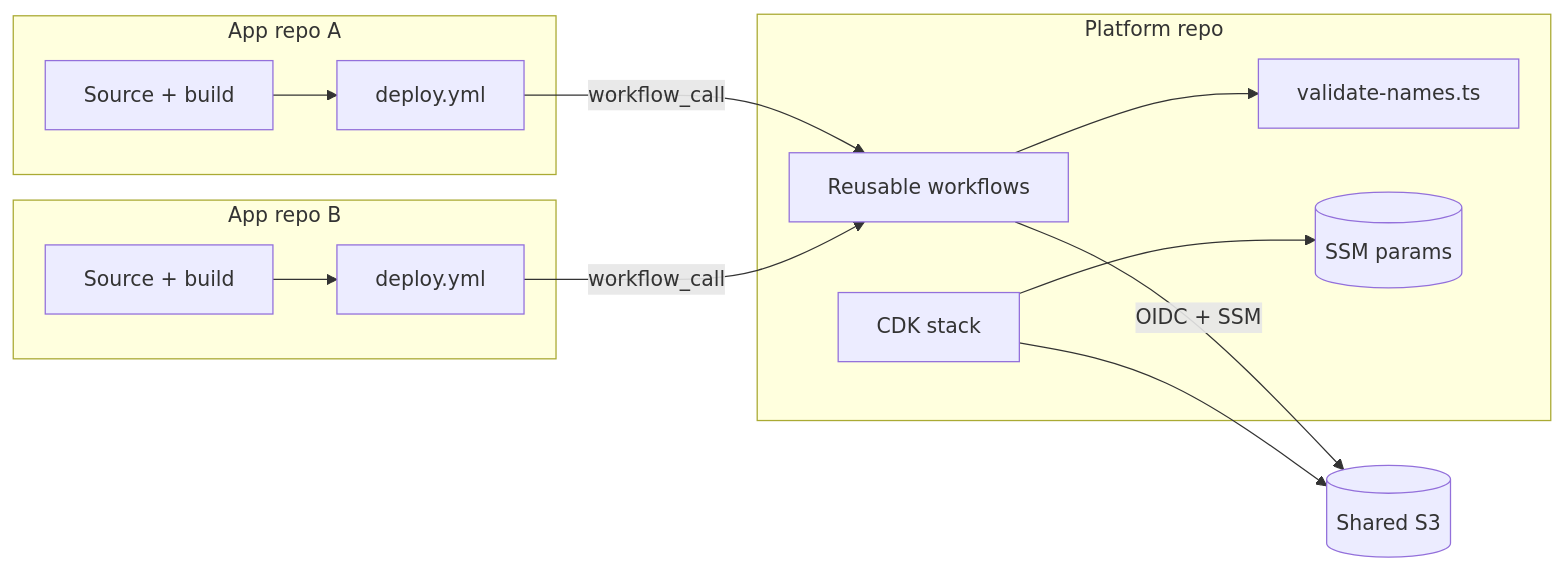
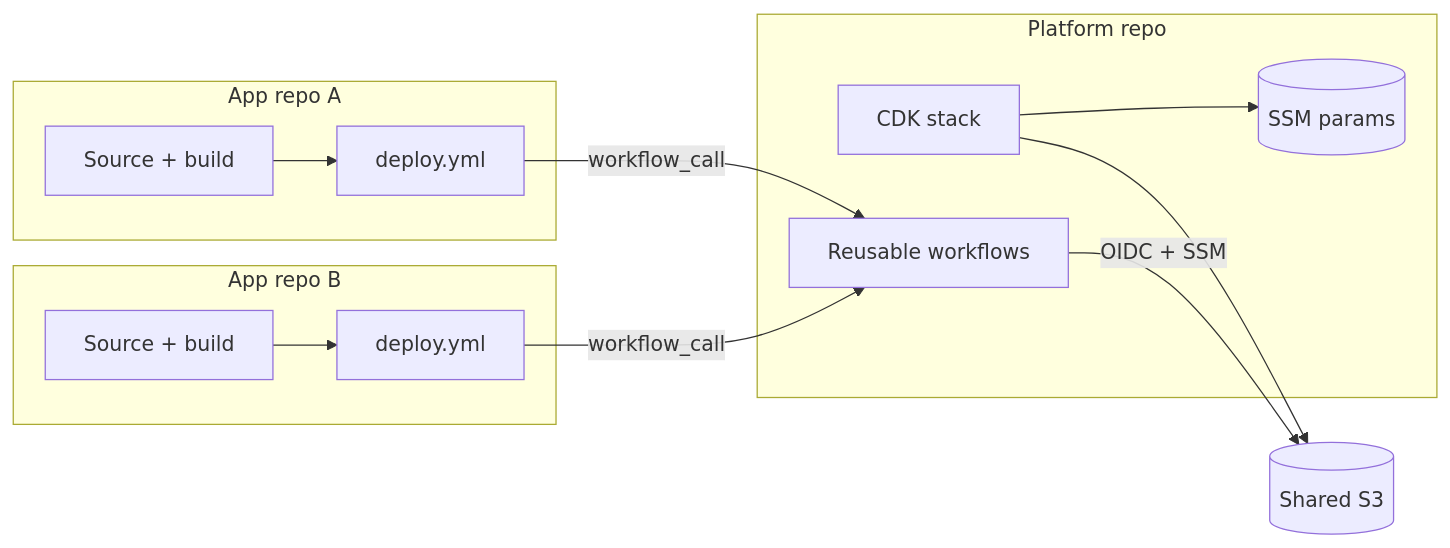
The first of 5 diagrams in front-end/content/articles/static-hosting-for-vibe-coders/article.mdx (AlexeyPopovUA/me), drawn with Mermaid before and after one commit. The commit also changed other lines of this file, not shown here.

````diff
--- a/front-end/content/articles/static-hosting-for-vibe-coders/article.mdx
+++ b/front-end/content/articles/static-hosting-for-vibe-coders/article.mdx
@@ -102,27 +102,25 @@
 ```mermaid
 flowchart LR
     subgraph Platform["Platform repo"]
         CDK[CDK stack]
         RW[Reusable workflows]
-        VAL[validate-names.ts]
         CDK --> SSM[(SSM params)]
-        RW --> VAL
     end
 
     subgraph AppA["App repo A"]
         SRC[Source + build]
         DY[deploy.yml]
         SRC --> DY
     end
 
     subgraph AppB["App repo B"]
         SRC2[Source + build]
         DY2[deploy.yml]
         SRC2 --> DY2
     end
 
     DY -->|workflow_call| RW
     DY2 -->|workflow_call| RW
     RW -->|OIDC + SSM| S3[(Shared S3)]
     CDK --> S3
 ```
````
